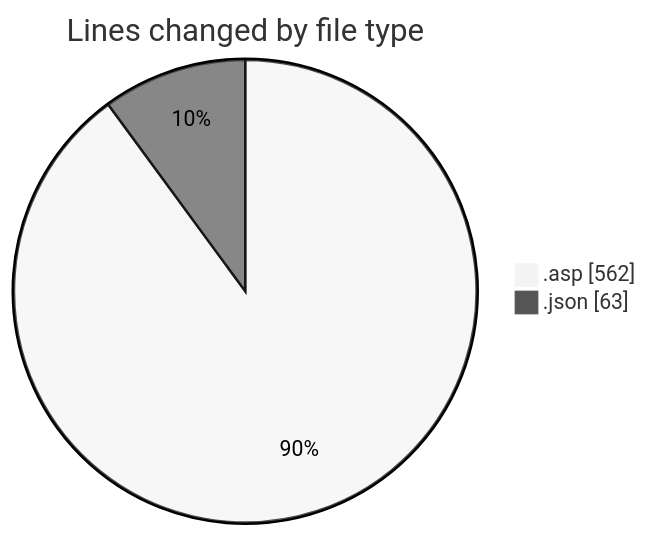
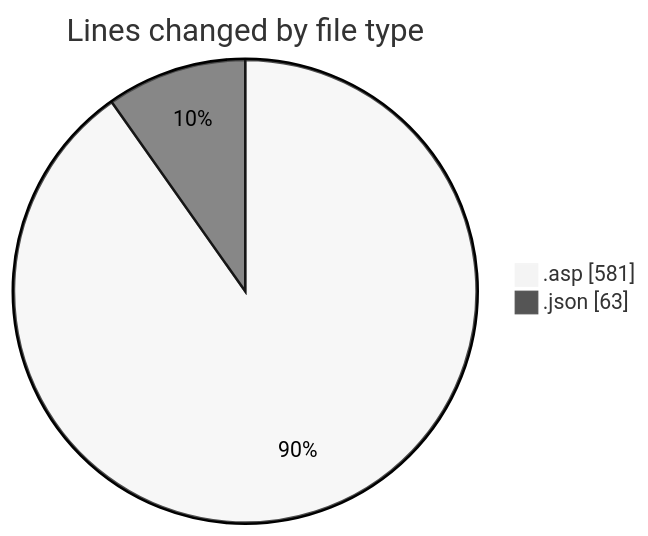
One commit to julien-gomy/code-tracking changed the first of 2 diagrams in 2025-10-20/usr_aleoudev_fr__workspace_/README.md. Above: the diagram before and after it, drawn with Mermaid (neutral theme). The commit also changed other lines of this file and 1 other file, not shown here.

````diff
--- a/2025-10-20/usr_aleoudev_fr__workspace_/README.md
+++ b/2025-10-20/usr_aleoudev_fr__workspace_/README.md
@@ -22,6 +22,6 @@
 ```mermaid
 pie showData
 title Lines changed by file type
-".asp" : 562
+".asp" : 581
 ".json" : 63
 ```
````
